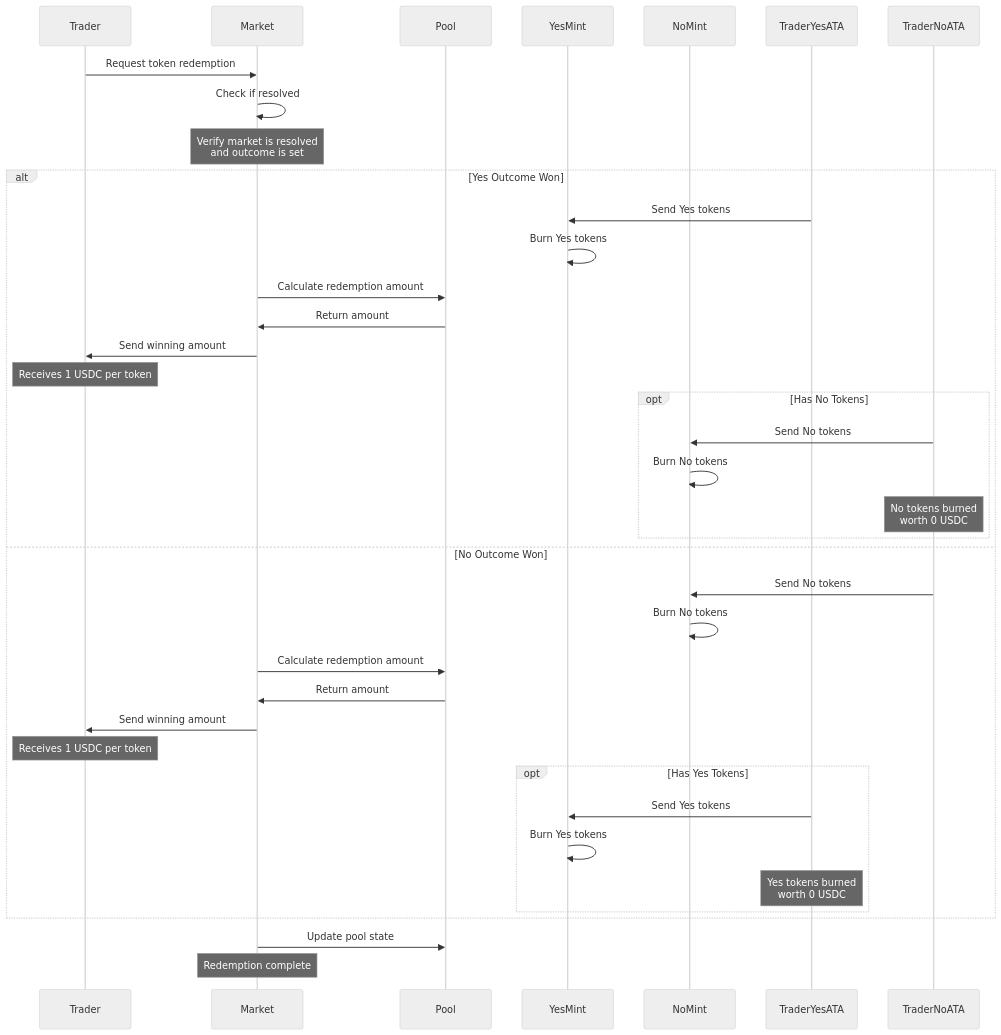
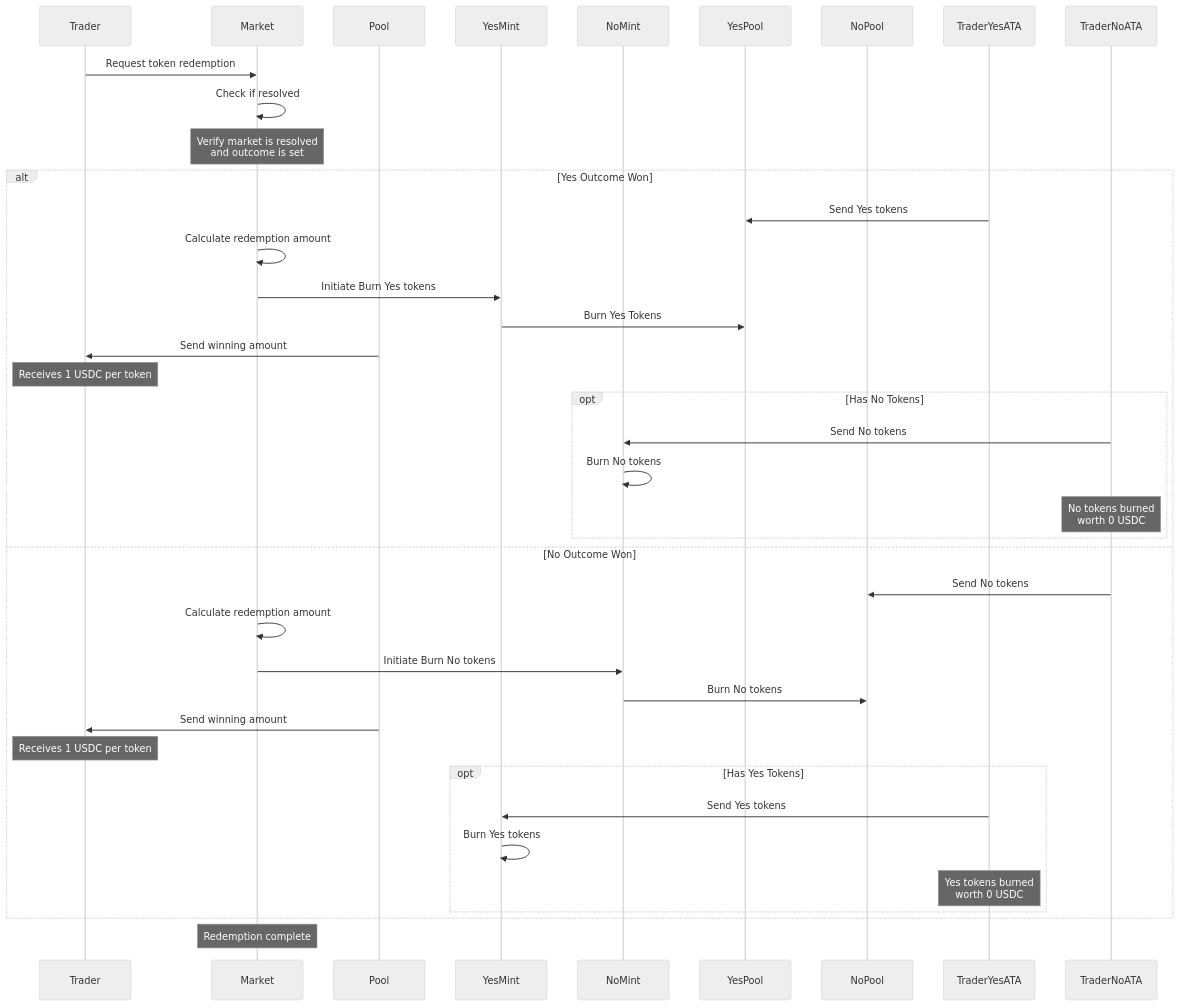
Before and after one commit to solana-turbin3/Q1_25_Builder_santy311: the sixth of 6 diagrams in capstone/architecture.md, drawn with Mermaid (neutral theme). The commit also changed other lines of this file, not shown here.

````diff
--- a/capstone/architecture.md
+++ b/capstone/architecture.md
@@ -275,46 +276,47 @@
 ```mermaid
 sequenceDiagram
     participant Trader
     participant Market
     participant Pool
     participant YesMint
     participant NoMint
+    participant YesPool
+    participant NoPool
     participant TraderYesATA
     participant TraderNoATA
 
     Trader->>Market: Request token redemption
     Market->>Market: Check if resolved
     Note over Market: Verify market is resolved<br/>and outcome is set
 
     alt Yes Outcome Won
-        TraderYesATA->>YesMint: Send Yes tokens
-        YesMint->>YesMint: Burn Yes tokens
-        Market->>Pool: Calculate redemption amount
-        Pool->>Market: Return amount
-        Market->>Trader: Send winning amount
+        TraderYesATA->>YesPool: Send Yes tokens
+        Market->>Market: Calculate redemption amount
+        Market->>YesMint: Initiate Burn Yes tokens
+        YesMint->>YesPool: Burn Yes Tokens
+        Pool->>Trader: Send winning amount
         Note over Trader: Receives 1 USDC per token
 
         opt Has No Tokens
             TraderNoATA->>NoMint: Send No tokens
             NoMint->>NoMint: Burn No tokens
             Note over TraderNoATA: No tokens burned<br/>worth 0 USDC
         end
 
     else No Outcome Won
-        TraderNoATA->>NoMint: Send No tokens
-        NoMint->>NoMint: Burn No tokens
-        Market->>Pool: Calculate redemption amount
-        Pool->>Market: Return amount
-        Market->>Trader: Send winning amount
+        TraderNoATA->>NoPool: Send No tokens
+        Market->>Market: Calculate redemption amount
+        Market->>NoMint: Initiate Burn No tokens
+        NoMint->>NoPool: Burn No tokens
+        Pool->>Trader: Send winning amount
         Note over Trader: Receives 1 USDC per token
 
         opt Has Yes Tokens
             TraderYesATA->>YesMint: Send Yes tokens
             YesMint->>YesMint: Burn Yes tokens
             Note over TraderYesATA: Yes tokens burned<br/>worth 0 USDC
         end
     end
 
-    Market->>Pool: Update pool state
     Note over Market: Redemption complete
 ```
````
